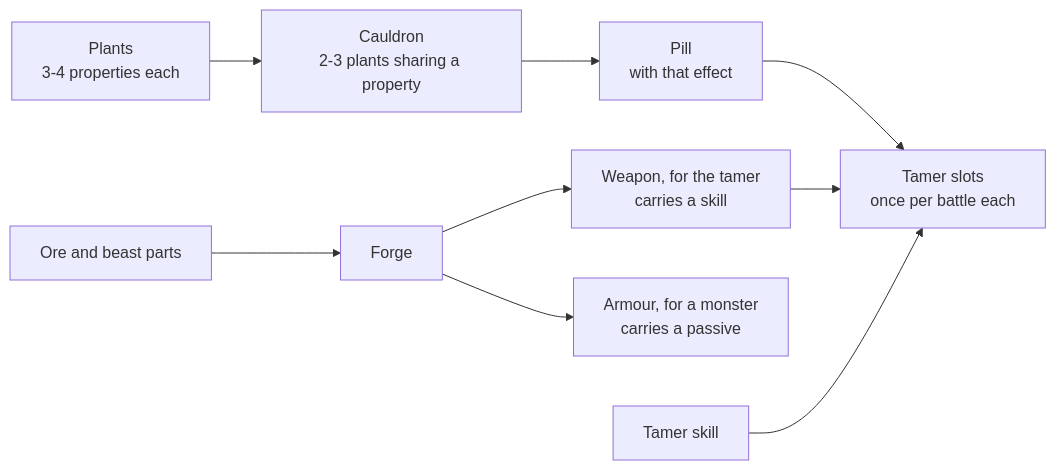
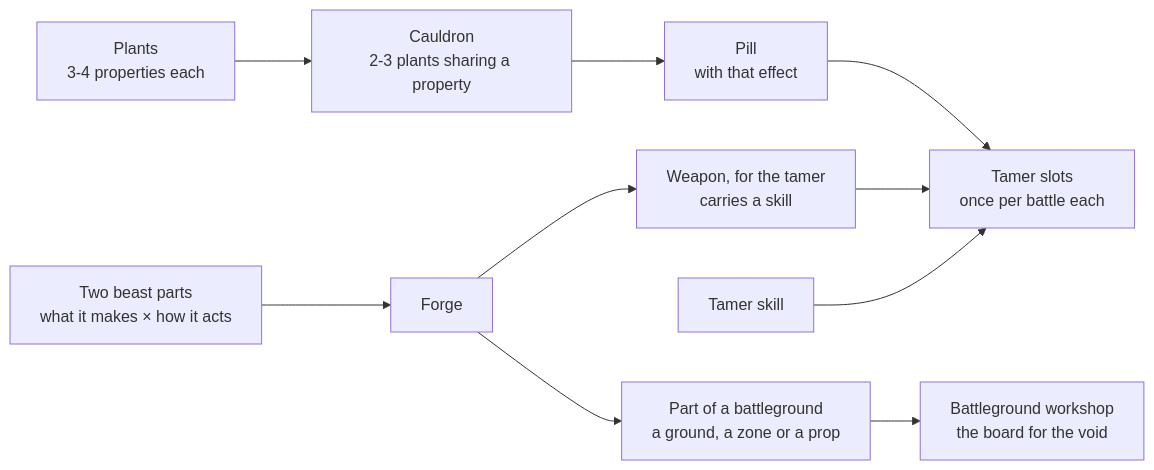
The second of 2 diagrams in docs/vision.md (papierkorp/road_of_the_beasts), drawn with Mermaid before and after one commit. The commit also changed other lines of this file and 22 other files, not shown here.

First line of the commit message:
docs: the frame after the review: a game of three to four hours, a Sovereign beast, no breakthrough material, a forge of two beast parts, bloodline with awakened gifts

````diff
--- a/docs/vision.md
+++ b/docs/vision.md
@@ -135,10 +137,11 @@
 ```mermaid
 flowchart LR
     Plants["Plants<br/>3-4 properties each"] --> Cauldron["Cauldron<br/>2-3 plants sharing a property"] --> Pill["Pill<br/>with that effect"]
-    Ore["Ore and beast parts"] --> Forge["Forge"]
+    Parts["Two beast parts<br/>what it makes × how it acts"] --> Forge["Forge"]
     Forge --> Weapon["Weapon, for the tamer<br/>carries a skill"]
-    Forge --> Armour["Armour, for a monster<br/>carries a passive"]
+    Forge --> Part["Part of a battleground<br/>a ground, a zone or a prop"]
+    Part --> Workshop["Battleground workshop<br/>the board for the void"]
     Pill --> Slots["Tamer slots<br/>once per battle each"]
     Weapon --> Slots
     Skill["Tamer skill"] --> Slots
 ```
````
